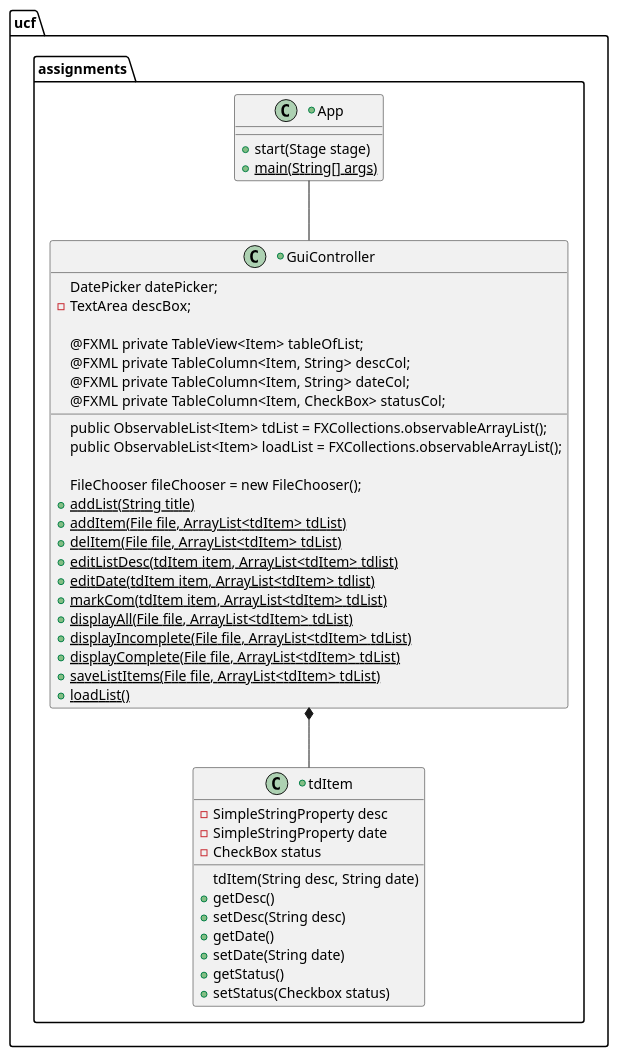
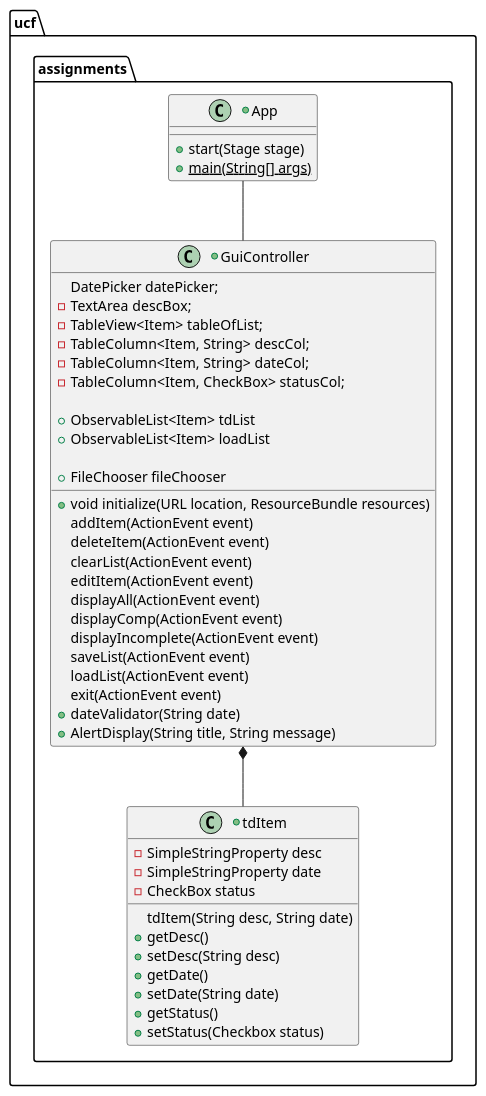
The diagram in uml/App.javaCD.puml (ayeekee/yeekee-cop3330-assignment4part2), drawn with PlantUML before and after one commit.

Commit message:
updated puml diagram

```diff
--- a/uml/App.javaCD.puml
+++ b/uml/App.javaCD.puml
@@ -1,56 +1,56 @@
 @startuml
 'https://plantuml.com/class-diagram
 
 package ucf.assignments{
 
     GuiController *-- tdItem
     App -- GuiController
 
     +Class App{
         +start(Stage stage)
         +{static}main(String[] args)
     }
 
     +Class tdItem{
         -SimpleStringProperty desc
         -SimpleStringProperty date
         -CheckBox status
 
         tdItem(String desc, String date)
         +getDesc()
         +setDesc(String desc)
         +getDate()
         +setDate(String date)
         +getStatus()
         +setStatus(Checkbox status)
     }
 
     +Class GuiController{
         DatePicker datePicker;
         -TextArea descBox;
+        -TableView<Item> tableOfList;
+        -TableColumn<Item, String> descCol;
+        -TableColumn<Item, String> dateCol;
+        -TableColumn<Item, CheckBox> statusCol;
 
-            @FXML private TableView<Item> tableOfList;
-            @FXML private TableColumn<Item, String> descCol;
-            @FXML private TableColumn<Item, String> dateCol;
-            @FXML private TableColumn<Item, CheckBox> statusCol;
+        +ObservableList<Item> tdList
+        +ObservableList<Item> loadList
 
-            public ObservableList<Item> tdList = FXCollections.observableArrayList();
-            public ObservableList<Item> loadList = FXCollections.observableArrayList();
+        +FileChooser fileChooser
 
-            FileChooser fileChooser = new FileChooser();
-
-
-        +{static}addList(String title)
-        +{static}addItem(File file, ArrayList<tdItem> tdList)
-        +{static}delItem(File file, ArrayList<tdItem> tdList)
-        +{static}editListDesc(tdItem item, ArrayList<tdItem> tdlist)
-        +{static}editDate(tdItem item, ArrayList<tdItem> tdlist)
-        +{static}markCom(tdItem item, ArrayList<tdItem> tdList)
-        +{static}displayAll(File file, ArrayList<tdItem> tdList)
-        +{static}displayIncomplete(File file, ArrayList<tdItem> tdList)
-        +{static}displayComplete(File file, ArrayList<tdItem> tdList)
-        +{static}saveListItems(File file, ArrayList<tdItem> tdList)
-        +{static}loadList()
+        +void initialize(URL location, ResourceBundle resources)
+        addItem(ActionEvent event)
+        deleteItem(ActionEvent event)
+        clearList(ActionEvent event)
+        editItem(ActionEvent event)
+        displayAll(ActionEvent event)
+        displayComp(ActionEvent event)
+        displayIncomplete(ActionEvent event)
+        saveList(ActionEvent event)
+        loadList(ActionEvent event)
+        exit(ActionEvent event)
+        +dateValidator(String date)
+        +AlertDisplay(String title, String message)
     }
 }
 @enduml
```
